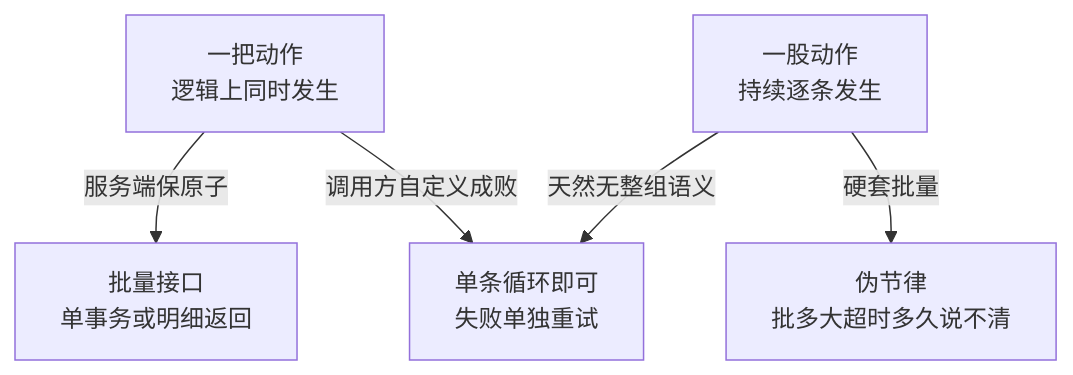
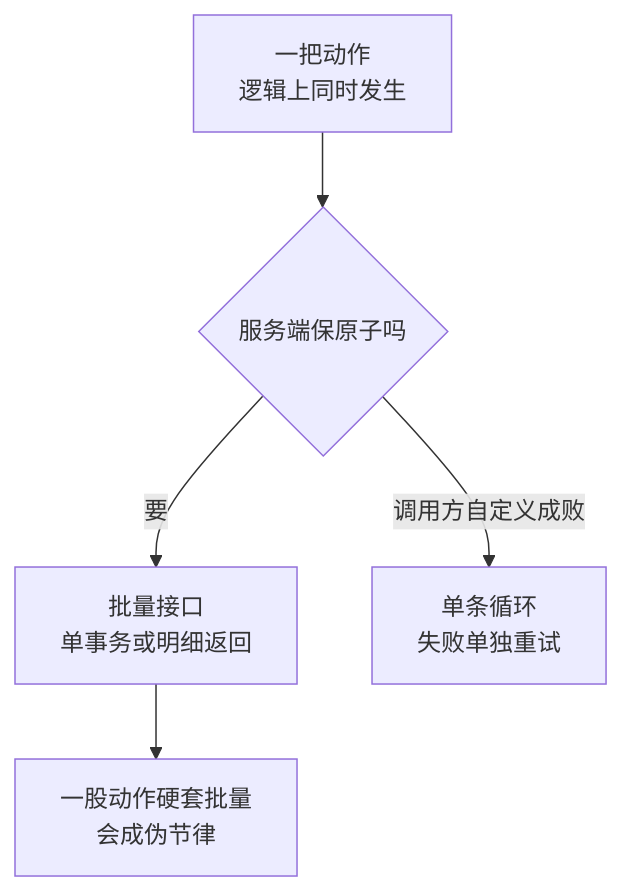
Before and after one commit to hub138/technical-knowledge: the first of 3 diagrams in vault/工程知识/后端系统：在并发、失败与变化中维持服务/服务设计/批量与单条接口的取舍分界：按调用方节律与平台职责定边界.md, drawn with Mermaid. The commit also changed other lines of this file and 622 other files, not shown here.

````diff
--- a/vault/工程知识/后端系统：在并发、失败与变化中维持服务/服务设计/批量与单条接口的取舍分界：按调用方节律与平台职责定边界.md
+++ b/vault/工程知识/后端系统：在并发、失败与变化中维持服务/服务设计/批量与单条接口的取舍分界：按调用方节律与平台职责定边界.md
@@ -38,7 +38,7 @@
 ```mermaid
 flowchart TB
-    a["一把动作<br/>逻辑上同时发生"] -->|"服务端保原子"| b["批量接口<br/>单事务或明细返回"]
-    a -->|"调用方自定义成败"| c["单条循环即可<br/>失败单独重试"]
-    d["一股动作<br/>持续逐条发生"] -->|"天然无整组语义"| c
-    d -->|"硬套批量"| e["伪节律<br/>批多大超时多久说不清"]
+    a["一把动作<br/>逻辑上同时发生"] --> q{"服务端保原子吗"}
+    q -->|"要"| b["批量接口<br/>单事务或明细返回"]
+    q -->|"调用方自定义成败"| c["单条循环<br/>失败单独重试"]
+    b --> e["一股动作硬套批量<br/>会成伪节律"]
 ```
````
